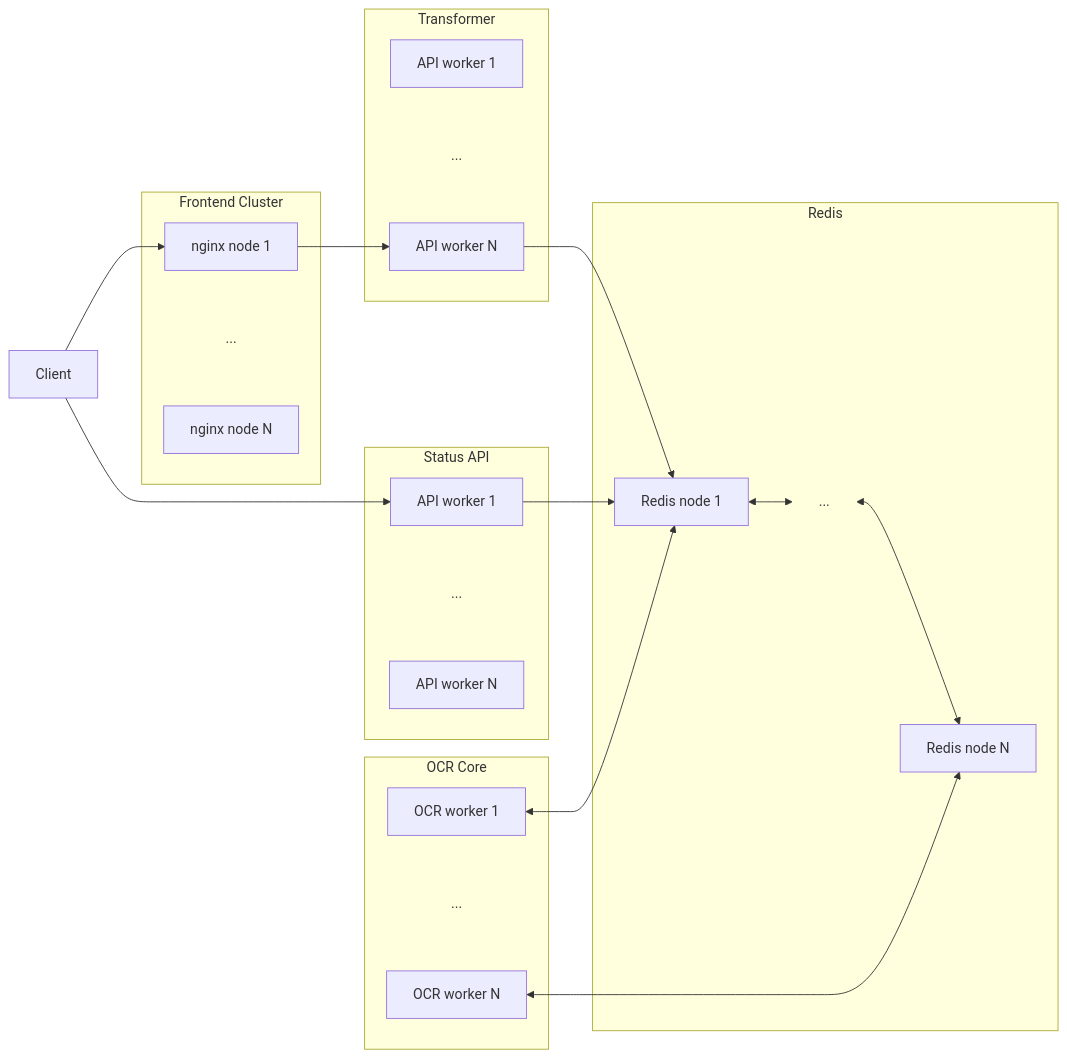
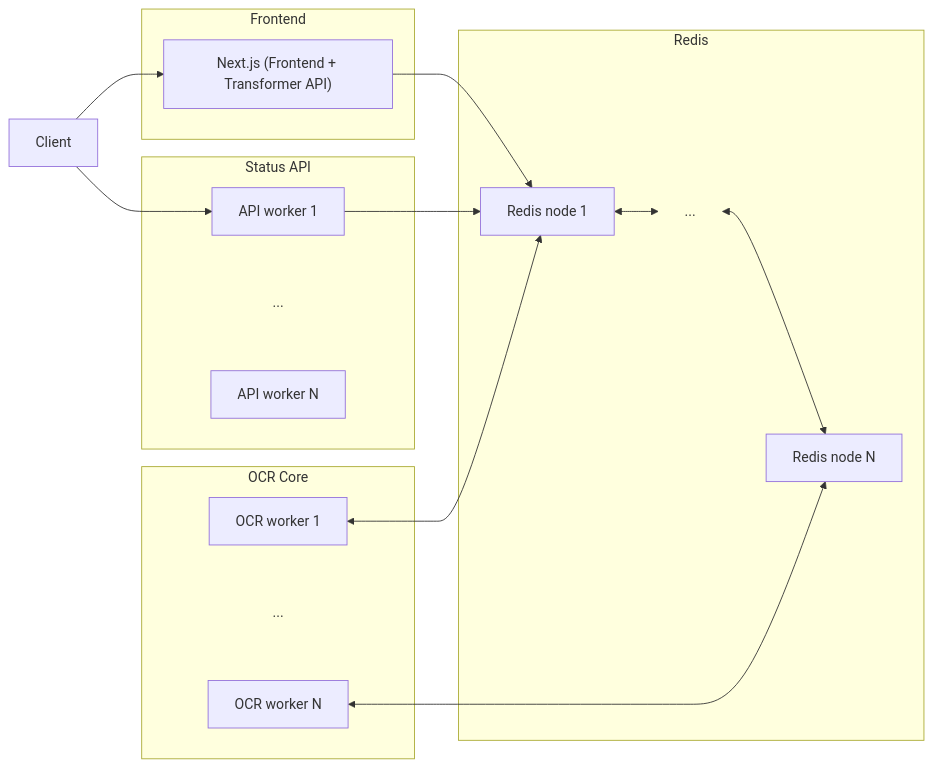
The first of 5 diagrams in README.md (OzuYatamutsu/project-overengineer), drawn with Mermaid before and after one commit. The commit also changed other lines of this file, not shown here.

````diff
--- a/README.md
+++ b/README.md
@@ -37,50 +37,41 @@
 ```mermaid
 graph LR
     Client["Client"]
 
-    subgraph Frontend Cluster
-        N1["nginx node 1"]
-        NX["..."]:::plainText
-        N2["nginx node N"]
+    subgraph Frontend
+        F1["Next.js (Frontend + Transformer API)"]
     end
 
-    Client --> N1
-
-    subgraph Transformer
-        T1["API worker 1"]
-        TX["..."]:::plainText
-        T2["API worker N"]
-    end
+    Client --> F1
 
     subgraph Redis
         R1["Redis node 1"]
         RX["..."]:::plainText
         R2["Redis node N"]
 
         R1 <--> RX
         RX <--> R2
     end
 
-    N1 --> T2
-    T2 --> R1
+    F1 --> R1
 
     subgraph Status API
         S1["API worker 1"]
         SX["..."]:::plainText
         S2["API worker N"]
     end
 
     S1 --> R1
     Client --> S1
 
     subgraph OCR Core
         O1["OCR worker 1"]
         OX["..."]:::plainText
         O2["OCR worker N"]
     end
 
     O1 <--> R1
     O2 <--> R2
 
 classDef plainText fill:none,stroke:none;
 ```
````
